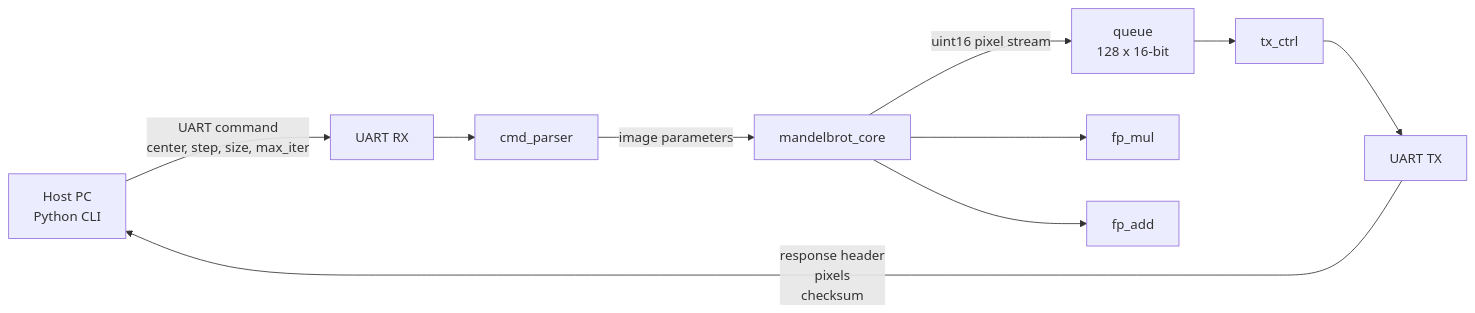
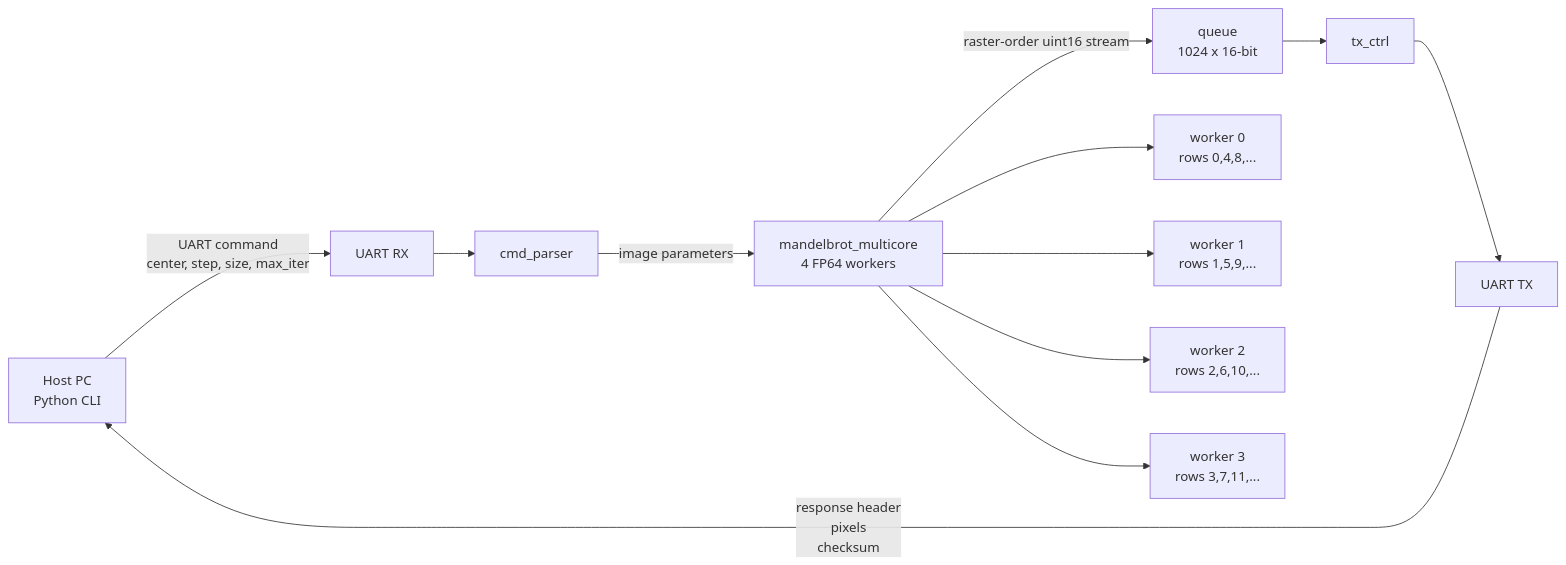
One commit to RESBI/FPGA-Mandelbrot-Demo changed the first of 4 diagrams in README.md. Above: the diagram before and after it, drawn with Mermaid. The commit also changed other lines of this file and 13 other files, not shown here.

Commit message:
Implement 4-core Mandelbrot architecture

````diff
--- a/README.md
+++ b/README.md
@@ -67,13 +79,15 @@
 ```mermaid
 flowchart LR
     PC[Host PC<br/>Python CLI] -->|UART command<br/>center, step, size, max_iter| RX[UART RX]
     RX --> Parser[cmd_parser]
-    Parser -->|image parameters| Core[mandelbrot_core]
-    Core -->|uint16 pixel stream| FIFO[queue<br/>128 x 16-bit]
+    Parser -->|image parameters| Core[mandelbrot_multicore<br/>4 FP64 workers]
+    Core -->|raster-order uint16 stream| FIFO[queue<br/>1024 x 16-bit]
     FIFO --> TXC[tx_ctrl]
     TXC --> TX[UART TX]
     TX -->|response header<br/>pixels<br/>checksum| PC
 
-    Core --> MUL[fp_mul]
-    Core --> ADD[fp_add]
+    Core --> W0[worker 0<br/>rows 0,4,8,...]
+    Core --> W1[worker 1<br/>rows 1,5,9,...]
+    Core --> W2[worker 2<br/>rows 2,6,10,...]
+    Core --> W3[worker 3<br/>rows 3,7,11,...]
 ```
````
